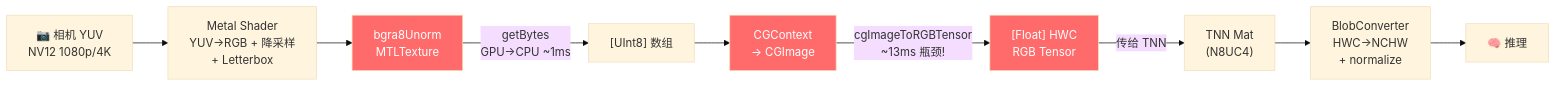
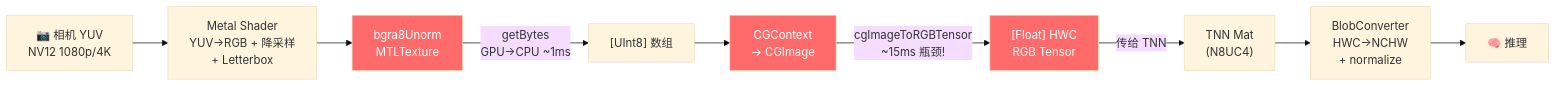
The first of 5 diagrams in README.md (lookworldsu-del/Downsampling), drawn with Mermaid (base theme) before and after one commit. The commit also changed other lines of this file, not shown here.

````diff
--- a/README.md
+++ b/README.md
@@ -26,15 +47,15 @@
 ```mermaid
 graph LR
     A[📷 相机 YUV<br/>NV12 1080p/4K] --> B[Metal Shader<br/>YUV→RGB + 降采样<br/>+ Letterbox]
     B --> C[bgra8Unorm<br/>MTLTexture]
     C -->|"getBytes<br/>GPU→CPU ~1ms"| D["[UInt8] 数组"]
     D --> E[CGContext<br/>→ CGImage]
-    E -->|"cgImageToRGBTensor<br/>~13ms 瓶颈!"| F["[Float] HWC<br/>RGB Tensor"]
+    E -->|"cgImageToRGBTensor<br/>~15ms 瓶颈!"| F["[Float] HWC<br/>RGB Tensor"]
     F -->|"传给 TNN"| G["TNN Mat<br/>(N8UC4)"]
     G --> H["BlobConverter<br/>HWC→NCHW<br/>+ normalize"]
     H --> I[🧠 推理]
 
     style C fill:#ff6b6b,color:#fff
     style E fill:#ff6b6b,color:#fff
     style F fill:#ff6b6b,color:#fff
 ```
````
